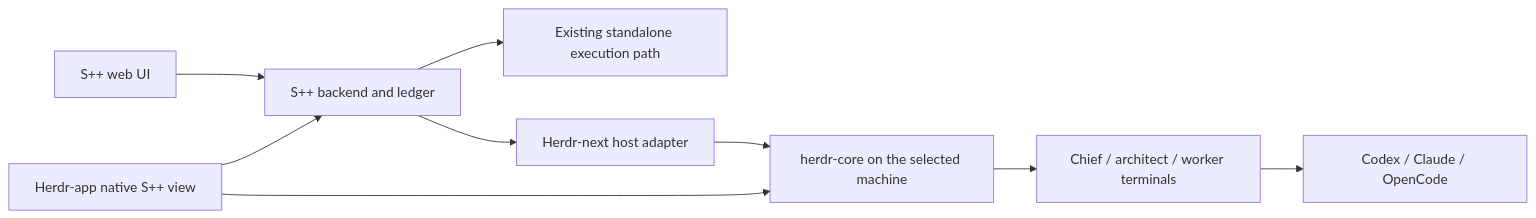
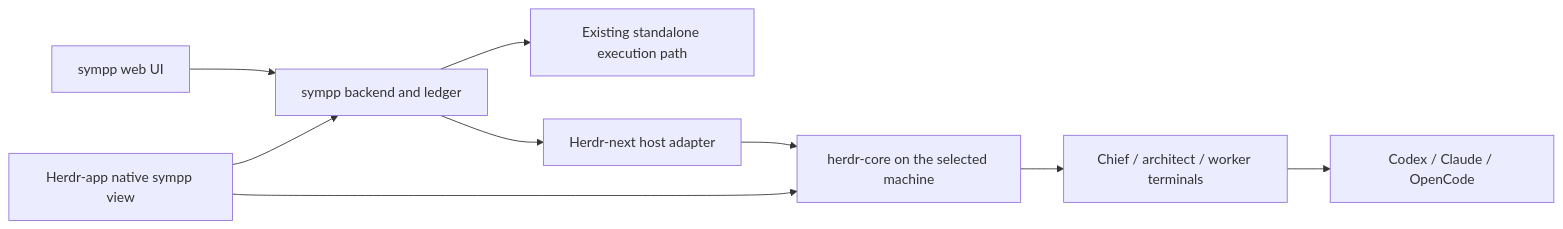
Before and after one commit to JJLiebig/symphony-plus-plus: the diagram in docs/design/herdr-next-integration.md, drawn with Mermaid. The commit also changed other lines of this file and 231 other files, not shown here.

````diff
--- a/docs/design/herdr-next-integration.md
+++ b/docs/design/herdr-next-integration.md
@@ -41,11 +41,11 @@
 ```mermaid
 flowchart LR
-    Web[S++ web UI] --> SPP[S++ backend and ledger]
-    Native[Herdr-app native S++ view] --> SPP
+    Web[sympp web UI] --> SPP[sympp backend and ledger]
+    Native[Herdr-app native sympp view] --> SPP
     SPP --> Standalone[Existing standalone execution path]
     SPP --> Host[Herdr-next host adapter]
     Host --> Core[herdr-core on the selected machine]
     Native --> Core
     Core --> Chief[Chief / architect / worker terminals]
     Chief --> Provider[Codex / Claude / OpenCode]
 ```
````
